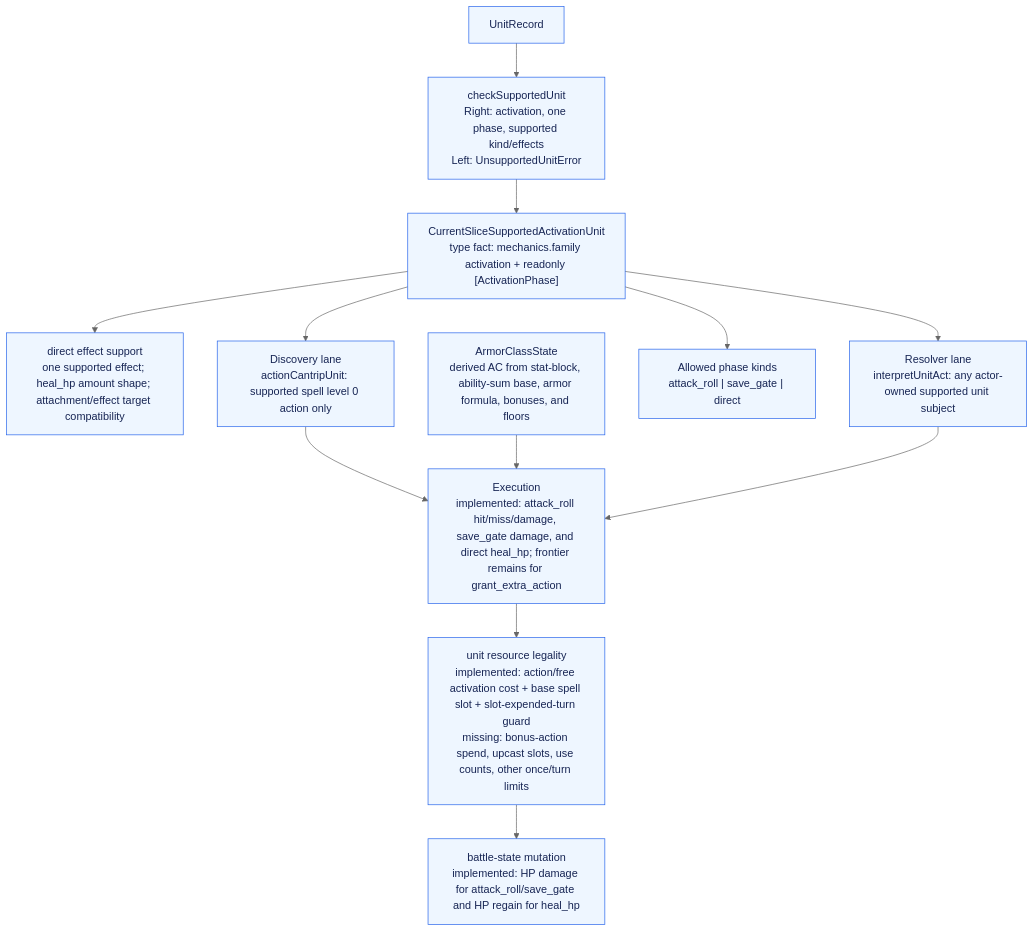
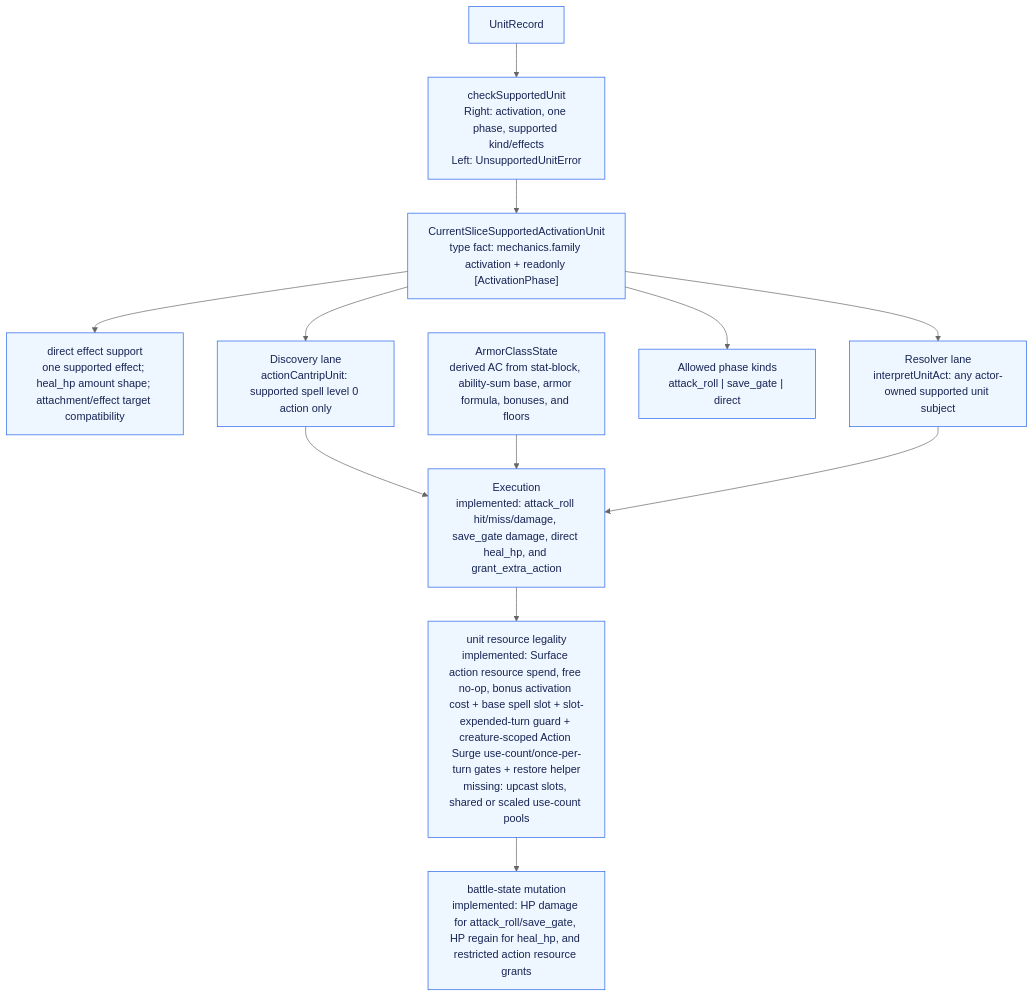
Before and after one commit to dearlordylord/5e-quint: the sixth of 7 diagrams in packages/surface-runtime-correction/ARCHITECTURE_GRAPH.md, drawn with Mermaid (neutral theme). The commit also changed other lines of this file and 64 other files, not shown here.

Commit message:
Implement Surface action resource sidecars

````diff
--- a/packages/surface-runtime-correction/ARCHITECTURE_GRAPH.md
+++ b/packages/surface-runtime-correction/ARCHITECTURE_GRAPH.md
@@ -275,27 +279,27 @@
 ```mermaid
 flowchart TD
   UnitRecord["UnitRecord"]
   Support["checkSupportedUnit<br/>Right: activation, one phase, supported kind/effects<br/>Left: UnsupportedUnitError"]
   Supported["CurrentSliceSupportedActivationUnit<br/>type fact: mechanics.family activation + readonly [ActivationPhase]"]
   DirectSupport["direct effect support<br/>one supported effect; heal_hp amount shape; attachment/effect target compatibility"]
   DiscoveryLane["Discovery lane<br/>actionCantripUnit: supported spell level 0 action only"]
   ResolverLane["Resolver lane<br/>interpretUnitAct: any actor-owned supported unit subject"]
   PhaseKinds["Allowed phase kinds<br/>attack_roll | save_gate | direct"]
   ArmorClassState["ArmorClassState<br/>derived AC from stat-block, ability-sum base, armor formula, bonuses, and floors"]
-  Execution["Execution<br/>implemented: attack_roll hit/miss/damage, save_gate damage, and direct heal_hp; frontier remains for grant_extra_action"]
-  ResourceLegality["unit resource legality<br/>implemented: action/free activation cost + base spell slot + slot-expended-turn guard<br/>missing: bonus-action spend, upcast slots, use counts, other once/turn limits"]
-  StateMutation["battle-state mutation<br/>implemented: HP damage for attack_roll/save_gate and HP regain for heal_hp"]
+  Execution["Execution<br/>implemented: attack_roll hit/miss/damage, save_gate damage, direct heal_hp, and grant_extra_action"]
+  ResourceLegality["unit resource legality<br/>implemented: Surface action resource spend, free no-op, bonus activation cost + base spell slot + slot-expended-turn guard + creature-scoped Action Surge use-count/once-per-turn gates + restore helper<br/>missing: upcast slots, shared or scaled use-count pools"]
+  StateMutation["battle-state mutation<br/>implemented: HP damage for attack_roll/save_gate, HP regain for heal_hp, and restricted action resource grants"]
 
   UnitRecord --> Support --> Supported
   Supported --> PhaseKinds
   Supported --> DirectSupport
   Supported --> DiscoveryLane
   Supported --> ResolverLane
   DiscoveryLane --> Execution --> ResourceLegality --> StateMutation
   ArmorClassState --> Execution
   ResolverLane --> Execution
 
   classDef missing fill:#fff1f0,stroke:#c2410c,stroke-width:2px,stroke-dasharray: 6 4,color:#7c2d12;
   classDef implemented fill:#eef6ff,stroke:#2563eb,color:#172554;
   class UnitRecord,Support,Supported,DirectSupport,DiscoveryLane,ResolverLane,PhaseKinds,ArmorClassState,Execution,ResourceLegality,StateMutation implemented;
 ```
````
